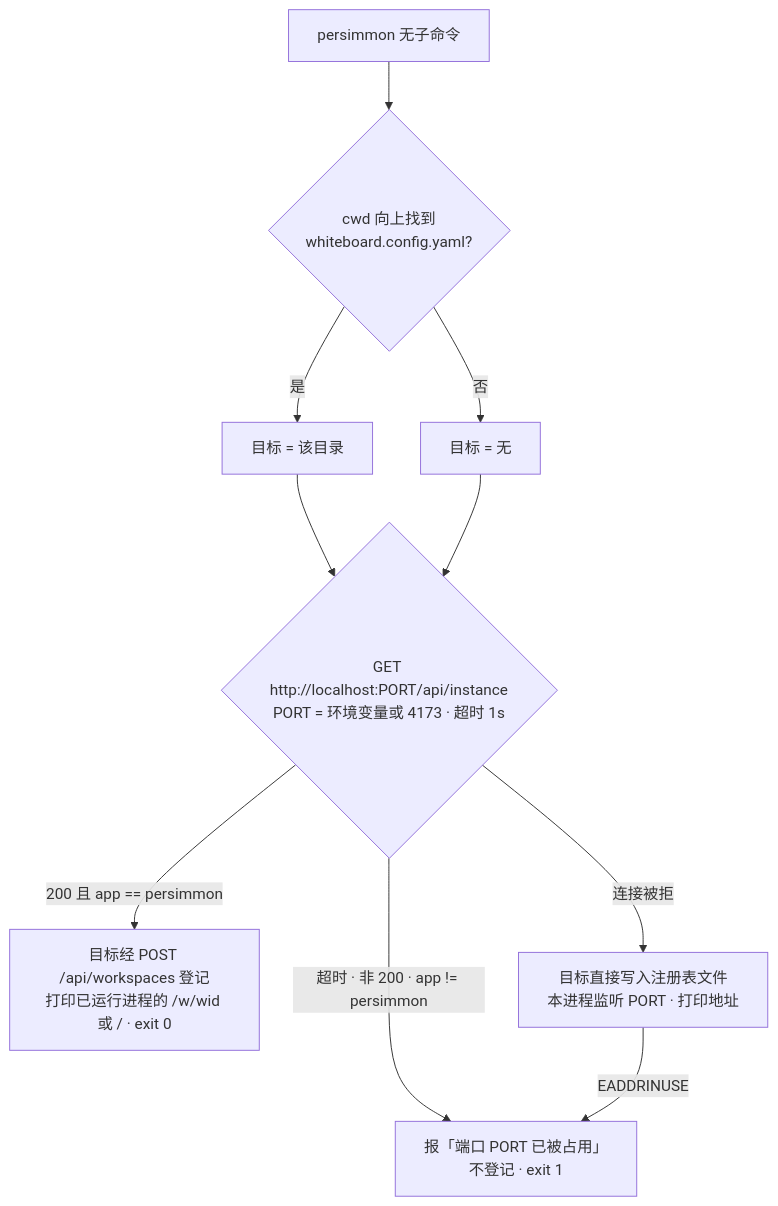
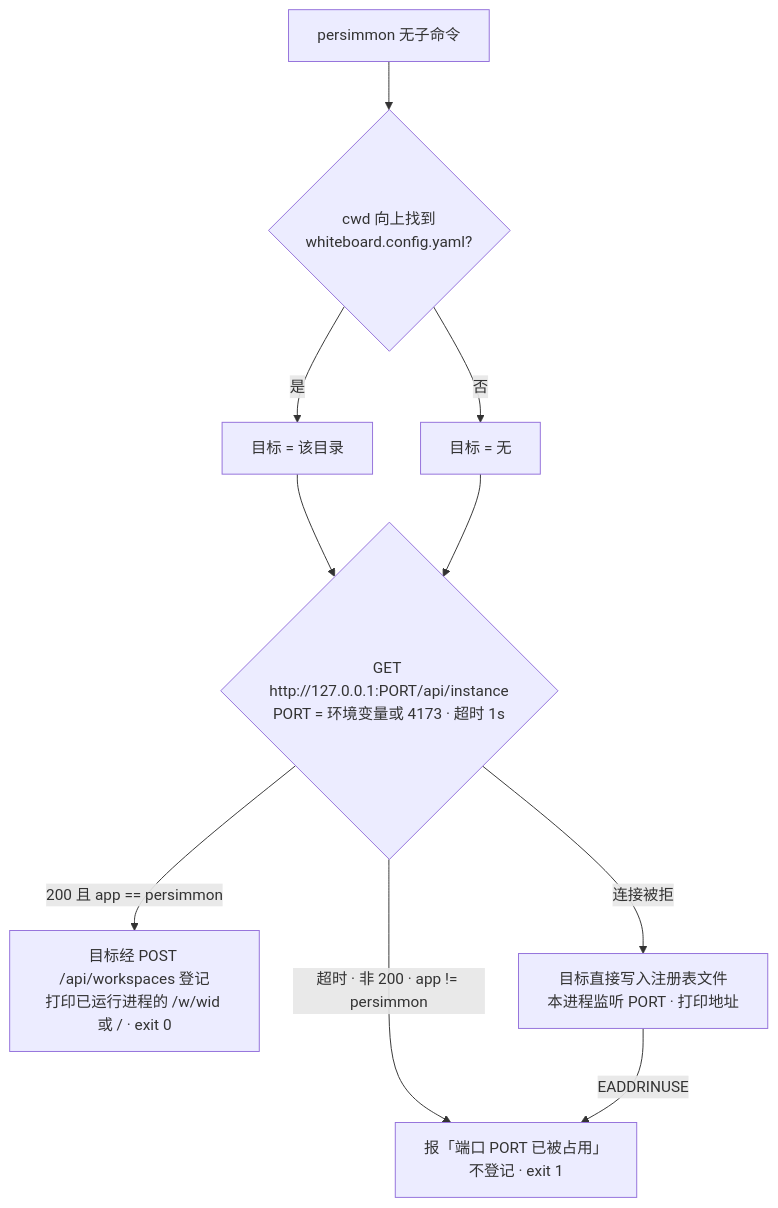
One commit to ryan-alexander-zhang/persimmon changed the fifth of 6 diagrams in docs/design/design-00003-multi-workspace.md. Above: the diagram before and after it, drawn with Mermaid. The commit also changed other lines of this file and 12 other files, not shown here.

````diff
--- a/docs/design/design-00003-multi-workspace.md
+++ b/docs/design/design-00003-multi-workspace.md
@@ -296,12 +296,12 @@
 ```mermaid
 flowchart TD
   S[persimmon 无子命令] --> R{cwd 向上找到<br/>whiteboard.config.yaml?}
   R -->|是| WID[目标 = 该目录]
   R -->|否| NOWID[目标 = 无]
   WID --> P
-  NOWID --> P{GET http://localhost:PORT/api/instance<br/>PORT = 环境变量或 4173 · 超时 1s}
+  NOWID --> P{GET http://127.0.0.1:PORT/api/instance<br/>PORT = 环境变量或 4173 · 超时 1s}
   P -->|200 且 app == persimmon| VIA[目标经 POST /api/workspaces 登记<br/>打印已运行进程的 /w/wid 或 / · exit 0]
   P -->|连接被拒| LISTEN[目标直接写入注册表文件<br/>本进程监听 PORT · 打印地址]
   P -->|超时 · 非 200 · app != persimmon| ERR[报「端口 PORT 已被占用」<br/>不登记 · exit 1]
   LISTEN -->|EADDRINUSE| ERR
 ```
````
